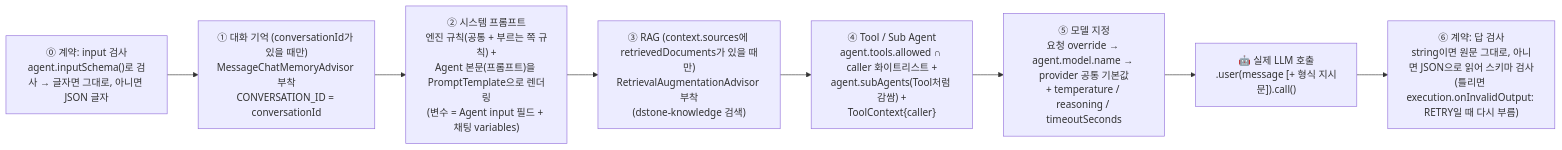
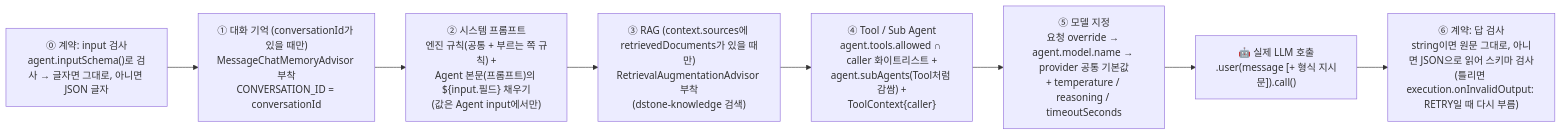
One commit to YongSoekChoeng/dstone changed the eighth of 10 diagrams in docs/09.dstone-ai-engine.md. Above: the diagram before and after it, drawn with Mermaid. The commit also changed other lines of this file and 31 other files, not shown here.

First line of the commit message:
Agent 프롬프트 문법을 ${input.필드}/${output.필드}로 통일하고 디자이너에 작성 가이드 추가

````diff
--- a/docs/09.dstone-ai-engine.md
+++ b/docs/09.dstone-ai-engine.md
@@ -856,11 +856,11 @@
 ```mermaid
 flowchart LR
     S0["⓪ 계약: input 검사\nagent.inputSchema()로 검사 → 글자면 그대로, 아니면 JSON 글자"] --> S1
     S1["① 대화 기억 (conversationId가 있을 때만)\nMessageChatMemoryAdvisor 부착\nCONVERSATION_ID = conversationId"] --> S2
-    S2["② 시스템 프롬프트\n엔진 규칙(공통 + 부르는 쪽 규칙) +\nAgent 본문(프롬프트)을 PromptTemplate으로 렌더링\n(변수 = Agent input 필드 + 채팅 variables)"] --> S3
+    S2["② 시스템 프롬프트\n엔진 규칙(공통 + 부르는 쪽 규칙) +\nAgent 본문(프롬프트)의 ${input.필드} 채우기\n(값은 Agent input에서만)"] --> S3
     S3["③ RAG (context.sources에 retrievedDocuments가 있을 때만)\nRetrievalAugmentationAdvisor 부착\n(dstone-knowledge 검색)"] --> S4
     S4["④ Tool / Sub Agent\nagent.tools.allowed ∩ caller 화이트리스트 +\nagent.subAgents(Tool처럼 감쌈) +\nToolContext{caller}"] --> S5
     S5["⑤ 모델 지정\n요청 override → agent.model.name → provider 공통 기본값\n+ temperature / reasoning / timeoutSeconds"] --> LLM
     LLM["🤖 실제 LLM 호출\n.user(message [+ 형식 지시문]).call()"] --> S6
     S6["⑥ 계약: 답 검사\nstring이면 원문 그대로, 아니면 JSON으로 읽어 스키마 검사\n(틀리면 execution.onInvalidOutput: RETRY일 때 다시 부름)"]
 ```
````
